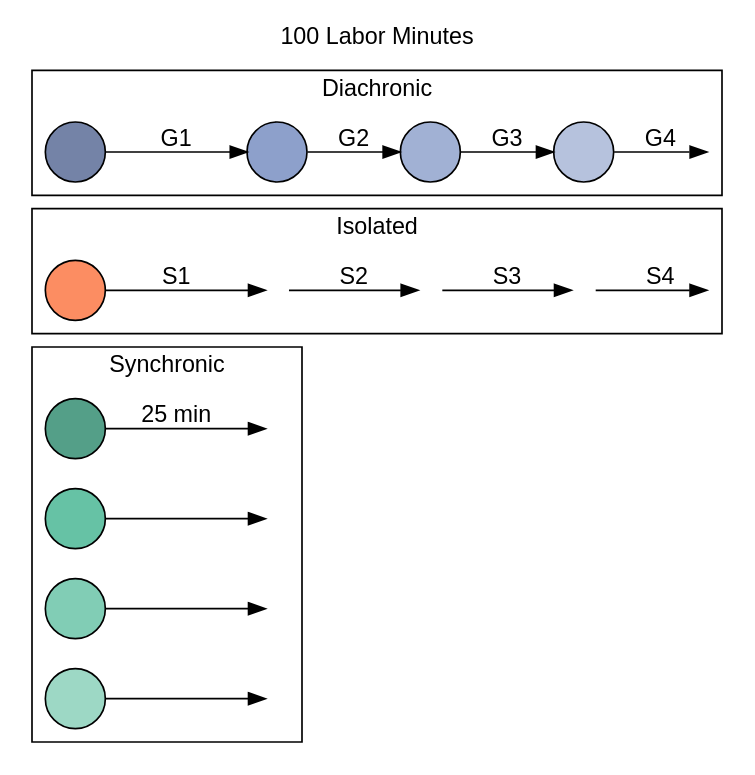
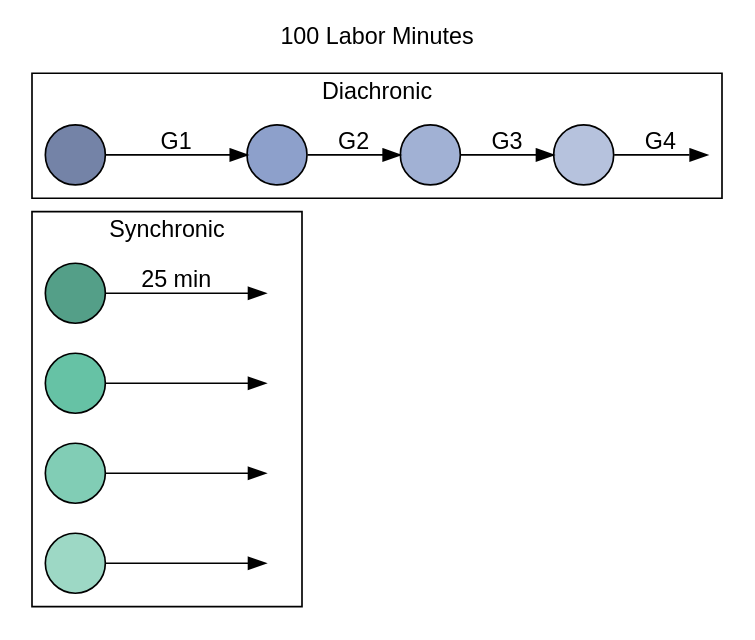
One commit to pedmiston/totems-data changed the diagram in inst/extdata/team-structures-exp4.gv. Above: the diagram before and after it, drawn with Graphviz.

Commit message:
Removed Isolated from Exp4

```diff
--- a/inst/extdata/team-structures-exp4.gv
+++ b/inst/extdata/team-structures-exp4.gv
@@ -1,57 +1,46 @@
 digraph {
   rankdir=LR;
   label="100 Labor Minutes";
   labelloc=t;
   fontname=helvetica;
   // bgcolor=transparent;
 
   node[fontname=helvetica; label=""; style=filled; shape=circle];
   edge[fontname=helvetica];
 
   // Set cluster order (top to bottom) by initializing
   // nodes in each cluster starting from bottom to top
-  s4_1, solo_s1, d1;
+  s4_1, d1;
 
   // Colors are people
   s4_1[fillcolor="#549F88"];
   s4_2[fillcolor="#66C2A5"];
   s4_3[fillcolor="#81CDB5"];
   s4_4[fillcolor="#9DD8C5"];
   d1[fillcolor="#7483A7"];
   d2[fillcolor="#8DA0CB"];
   d3[fillcolor="#A1B1D4"];
   d4[fillcolor="#B6C2DD"];
-  solo_s1[fillcolor="#FC8D62"];
 
   // Invisible last nodes
   dinv1, soloinv2[style=invis, width=0];
   s4inv1, s4inv2, s4inv3, s4inv4[style=invis width=0.2];
 
   subgraph cluster1 {
     label="Diachronic";
     d1 -> d2[label="G1"];
     d2 -> d3[label="G2"];
     d3 -> d4[label="G3"];
     d4 -> dinv1[label="G4"];
   }
 
-  subgraph cluster2 {
-    label="Isolated";
-    solo_s1 -> solo_s2[label="S1"];
-    solo_s2 -> solo_s3[label="S2"];
-    solo_s3 -> solo_s4[label="S3"];
-    solo_s4 -> soloinv2[label="S4"];
-
-    solo_s2, solo_s3, solo_s4[style=invis, width=0.2];
-  }
-
-  subgraph cluster3 {
+  subgraph cluster {
     label="Synchronic";
     rankdir=TB;
     s4_1 -> s4inv1[label="25 min"];
     s4_2 -> s4inv2;
     s4_3 -> s4inv3;
     s4_4 -> s4inv4;
   }
 
 }
```
